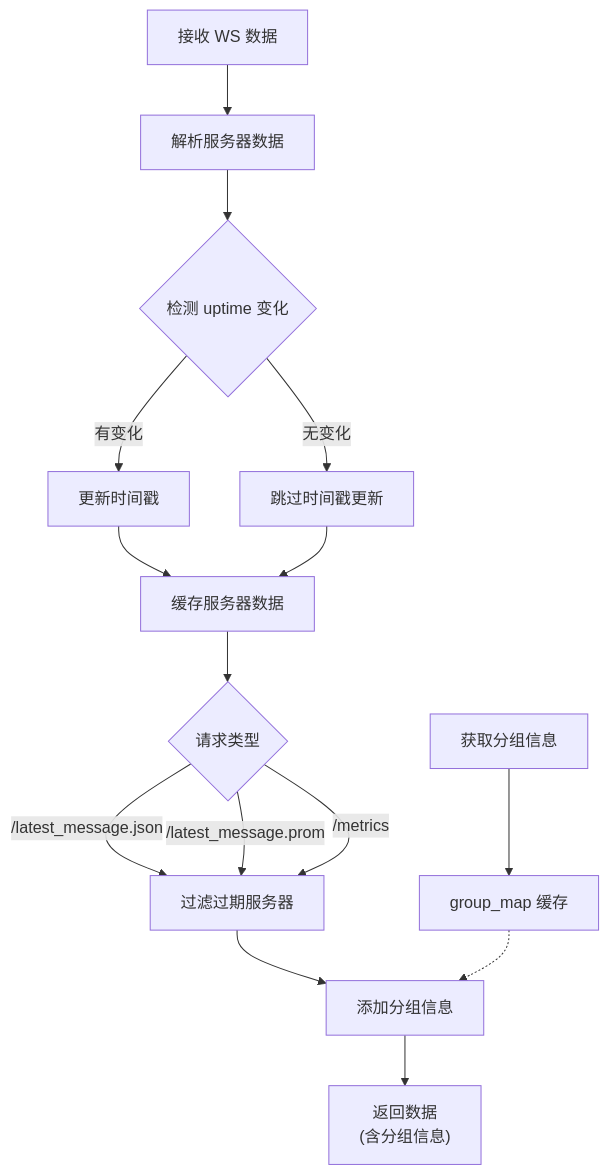
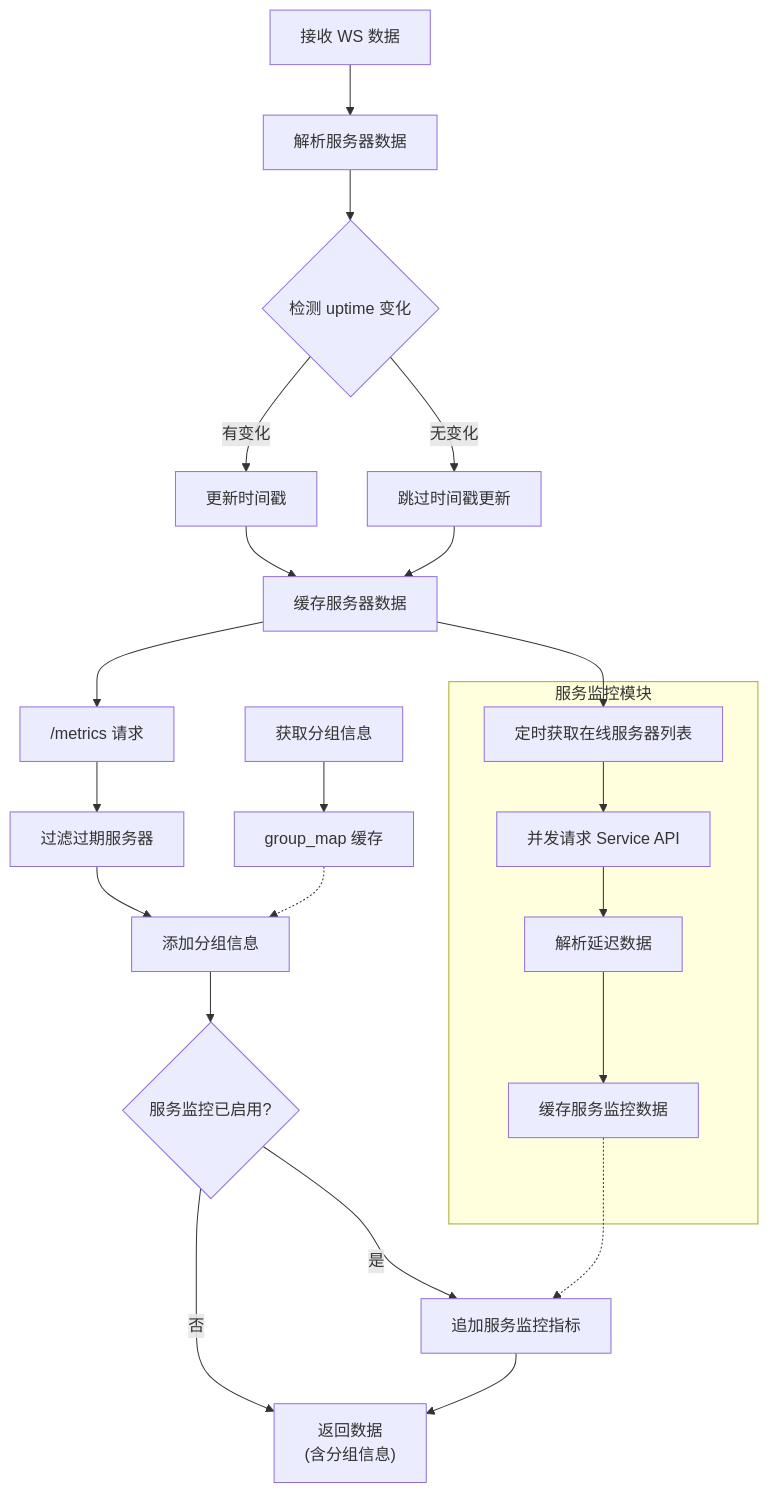
The second of 2 diagrams in README.md (Moeyuuko/nezhaV1-exporter), drawn with Mermaid before and after one commit. The commit also changed other lines of this file and 4 other files, not shown here.

````diff
--- a/README.md
+++ b/README.md
@@ -26,17 +28,27 @@
 ```mermaid
 flowchart TD
     A[接收 WS 数据] --> B[解析服务器数据]
     B --> B1{"检测 uptime 变化"}
     B1 -- "有变化" --> B2[更新时间戳]
     B1 -- "无变化" --> B3[跳过时间戳更新]
     B2 --> B4[缓存服务器数据]
     B3 --> B4
     G[获取分组信息] --> H[group_map 缓存]
-    B4 --> C{"请求类型"}
-    C -- "/latest_message.json" --> D[过滤过期服务器]
-    C -- "/latest_message.prom" --> D
-    C -- "/metrics" --> D
+    
+    subgraph 服务监控模块
+        S1[定时获取在线服务器列表] --> S2[并发请求 Service API]
+        S2 --> S3[解析延迟数据]
+        S3 --> S4[缓存服务监控数据]
+    end
+    
+    B4 --> S1
+    B4 --> C["/metrics 请求"]
+    C --> D[过滤过期服务器]
     D --> D1[添加分组信息]
     H -.-> D1
-    D1 --> E["返回数据<br/>(含分组信息)"]
+    D1 --> D2{服务监控已启用?}
+    D2 -- "是" --> D3[追加服务监控指标]
+    S4 -.-> D3
+    D2 -- "否" --> E["返回数据<br/>(含分组信息)"]
+    D3 --> E
 ```
````
